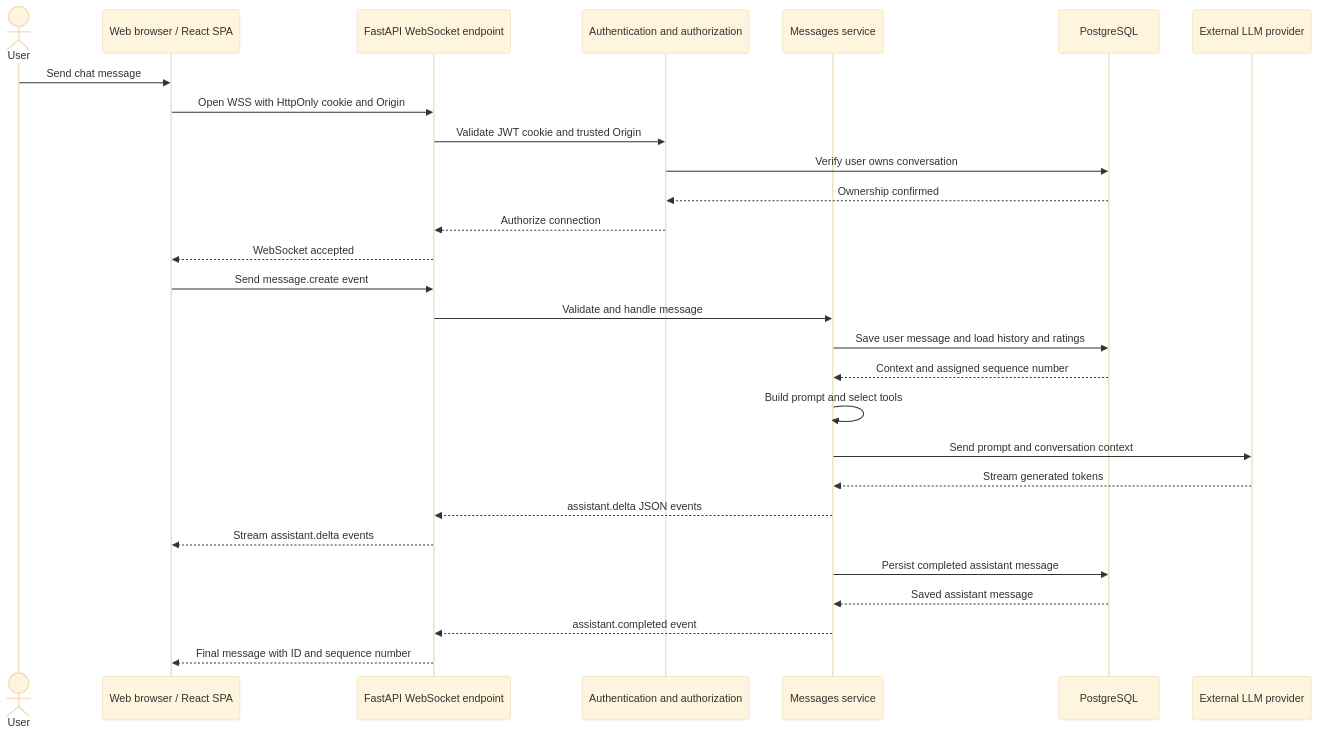
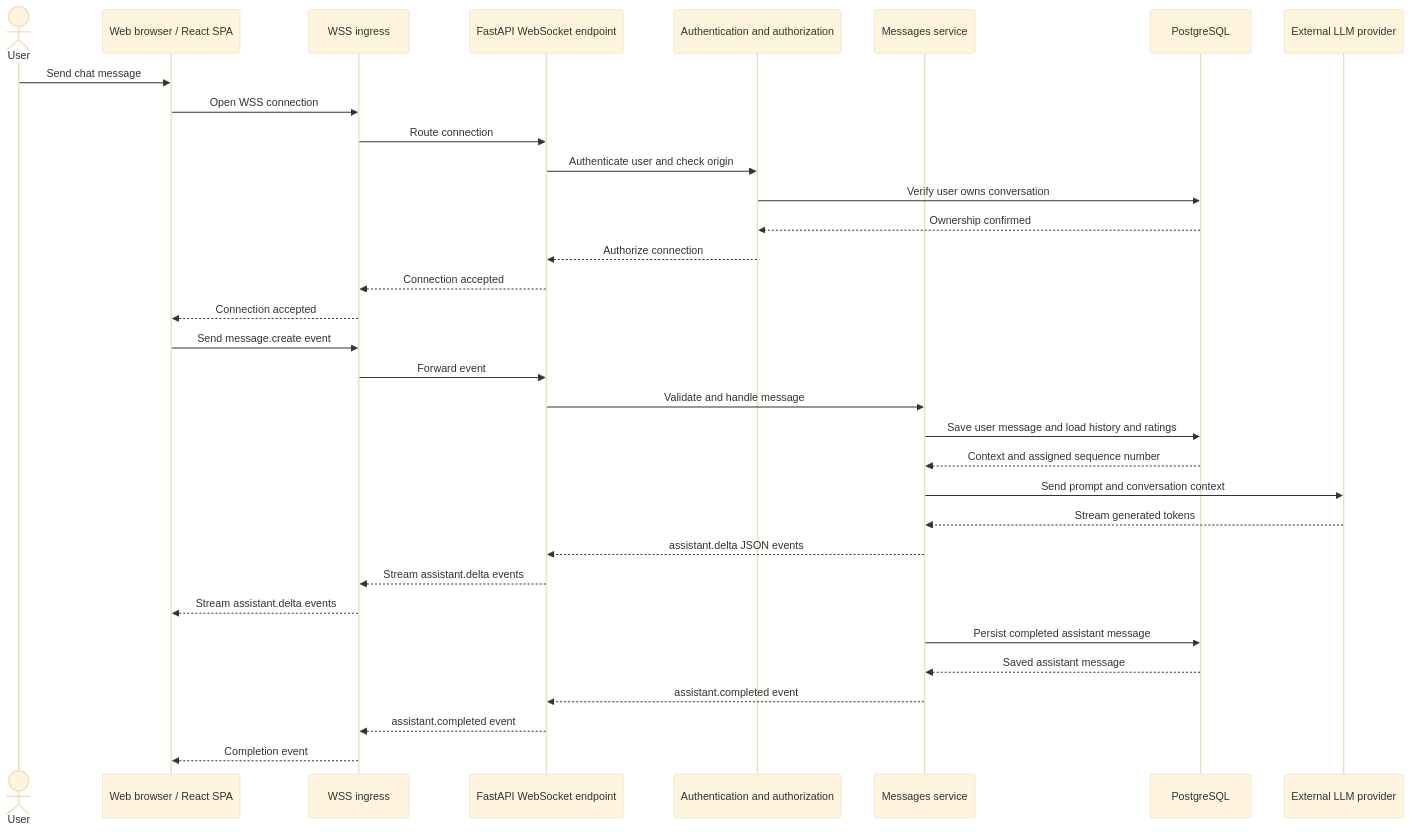
The fourth of 4 diagrams in docs/architecture.md (MateDawid/EnglishAITutor), drawn with Mermaid (base theme) before and after one commit. The commit also changed other lines of this file and 1 other file, not shown here.

Commit message:
Final architecture

````diff
--- a/docs/architecture.md
+++ b/docs/architecture.md
@@ -433,31 +312,36 @@
 ```mermaid
 sequenceDiagram
     actor User
     participant Browser as Web browser / React SPA
+    participant Ingress as WSS ingress
     participant WS as FastAPI WebSocket endpoint
     participant Auth as Authentication and authorization
     participant Messages as Messages service
     participant DB as PostgreSQL
     participant LLM as External LLM provider
 
     User->>Browser: Send chat message
-    Browser->>WS: Open WSS with HttpOnly cookie and Origin
-    WS->>Auth: Validate JWT cookie and trusted Origin
+    Browser->>Ingress: Open WSS connection
+    Ingress->>WS: Route connection
+    WS->>Auth: Authenticate user and check origin
     Auth->>DB: Verify user owns conversation
     DB-->>Auth: Ownership confirmed
     Auth-->>WS: Authorize connection
-    WS-->>Browser: WebSocket accepted
-    Browser->>WS: Send message.create event
+    WS-->>Ingress: Connection accepted
+    Ingress-->>Browser: Connection accepted
+    Browser->>Ingress: Send message.create event
+    Ingress->>WS: Forward event
     WS->>Messages: Validate and handle message
     Messages->>DB: Save user message and load history and ratings
     DB-->>Messages: Context and assigned sequence number
-    Messages->>Messages: Build prompt and select tools
     Messages->>LLM: Send prompt and conversation context
     LLM-->>Messages: Stream generated tokens
     Messages-->>WS: assistant.delta JSON events
-    WS-->>Browser: Stream assistant.delta events
+    WS-->>Ingress: Stream assistant.delta events
+    Ingress-->>Browser: Stream assistant.delta events
     Messages->>DB: Persist completed assistant message
     DB-->>Messages: Saved assistant message
     Messages-->>WS: assistant.completed event
-    WS-->>Browser: Final message with ID and sequence number
+    WS-->>Ingress: assistant.completed event
+    Ingress-->>Browser: Completion event
 ```
````
